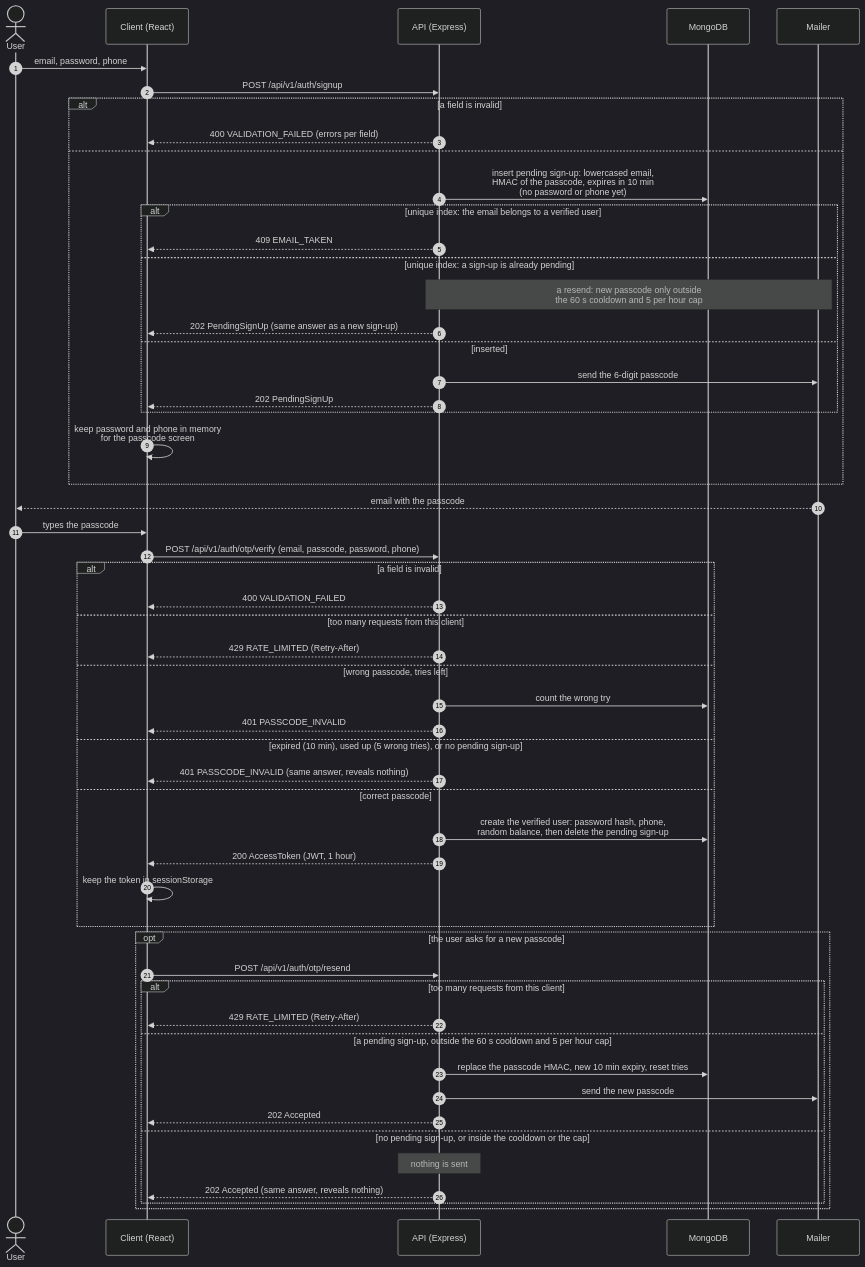
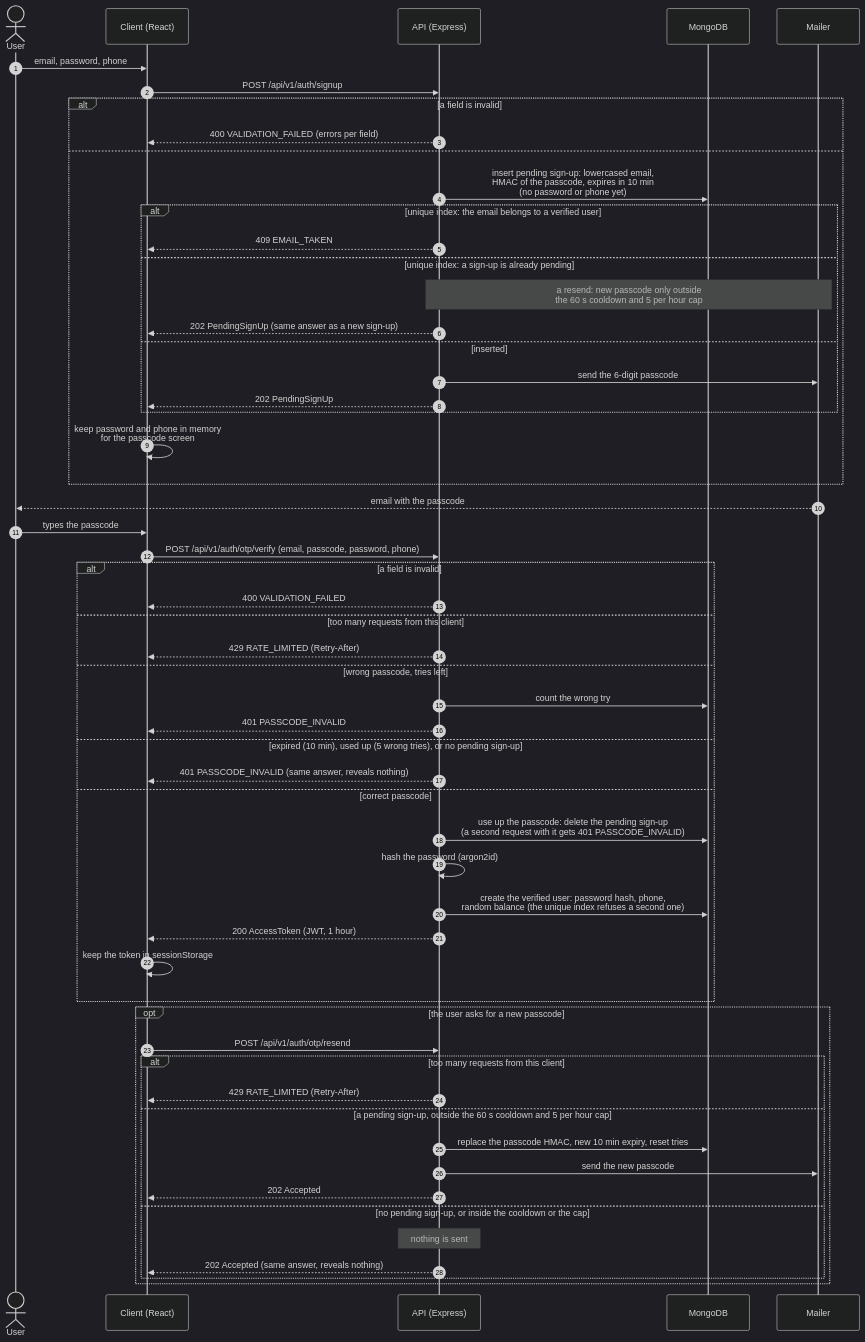
Before and after one commit to NimbleShot/web-banking-app: the diagram in docs/diagrams/signup-passcode.md, drawn with Mermaid (dark theme). The commit also changed 14 other files, not shown here.

````diff
--- a/docs/diagrams/signup-passcode.md
+++ b/docs/diagrams/signup-passcode.md
@@ -10,59 +10,61 @@
 ```mermaid
 sequenceDiagram
     autonumber
     actor U as User
     participant C as Client (React)
     participant API as API (Express)
     participant DB as MongoDB
     participant M as Mailer
 
     U->>C: email, password, phone
     C->>API: POST /api/v1/auth/signup
     alt a field is invalid
         API-->>C: 400 VALIDATION_FAILED (errors per field)
     else
         API->>DB: insert pending sign-up: lowercased email,<br/>HMAC of the passcode, expires in 10 min<br/>(no password or phone yet)
         alt unique index: the email belongs to a verified user
             API-->>C: 409 EMAIL_TAKEN
         else unique index: a sign-up is already pending
             Note over API,M: a resend: new passcode only outside<br/>the 60 s cooldown and 5 per hour cap
             API-->>C: 202 PendingSignUp (same answer as a new sign-up)
         else inserted
             API->>M: send the 6-digit passcode
             API-->>C: 202 PendingSignUp
         end
         C->>C: keep password and phone in memory<br/>for the passcode screen
     end
 
     M-->>U: email with the passcode
     U->>C: types the passcode
     C->>API: POST /api/v1/auth/otp/verify (email, passcode, password, phone)
     alt a field is invalid
         API-->>C: 400 VALIDATION_FAILED
     else too many requests from this client
         API-->>C: 429 RATE_LIMITED (Retry-After)
     else wrong passcode, tries left
         API->>DB: count the wrong try
         API-->>C: 401 PASSCODE_INVALID
     else expired (10 min), used up (5 wrong tries), or no pending sign-up
         API-->>C: 401 PASSCODE_INVALID (same answer, reveals nothing)
     else correct passcode
-        API->>DB: create the verified user: password hash, phone,<br/>random balance, then delete the pending sign-up
+        API->>DB: use up the passcode: delete the pending sign-up<br/>(a second request with it gets 401 PASSCODE_INVALID)
+        API->>API: hash the password (argon2id)
+        API->>DB: create the verified user: password hash, phone,<br/>random balance (the unique index refuses a second one)
         API-->>C: 200 AccessToken (JWT, 1 hour)
         C->>C: keep the token in sessionStorage
     end
 
     opt the user asks for a new passcode
         C->>API: POST /api/v1/auth/otp/resend
         alt too many requests from this client
             API-->>C: 429 RATE_LIMITED (Retry-After)
         else a pending sign-up, outside the 60 s cooldown and 5 per hour cap
             API->>DB: replace the passcode HMAC, new 10 min expiry, reset tries
             API->>M: send the new passcode
             API-->>C: 202 Accepted
         else no pending sign-up, or inside the cooldown or the cap
             Note over API: nothing is sent
             API-->>C: 202 Accepted (same answer, reveals nothing)
         end
     end
 ```
````
